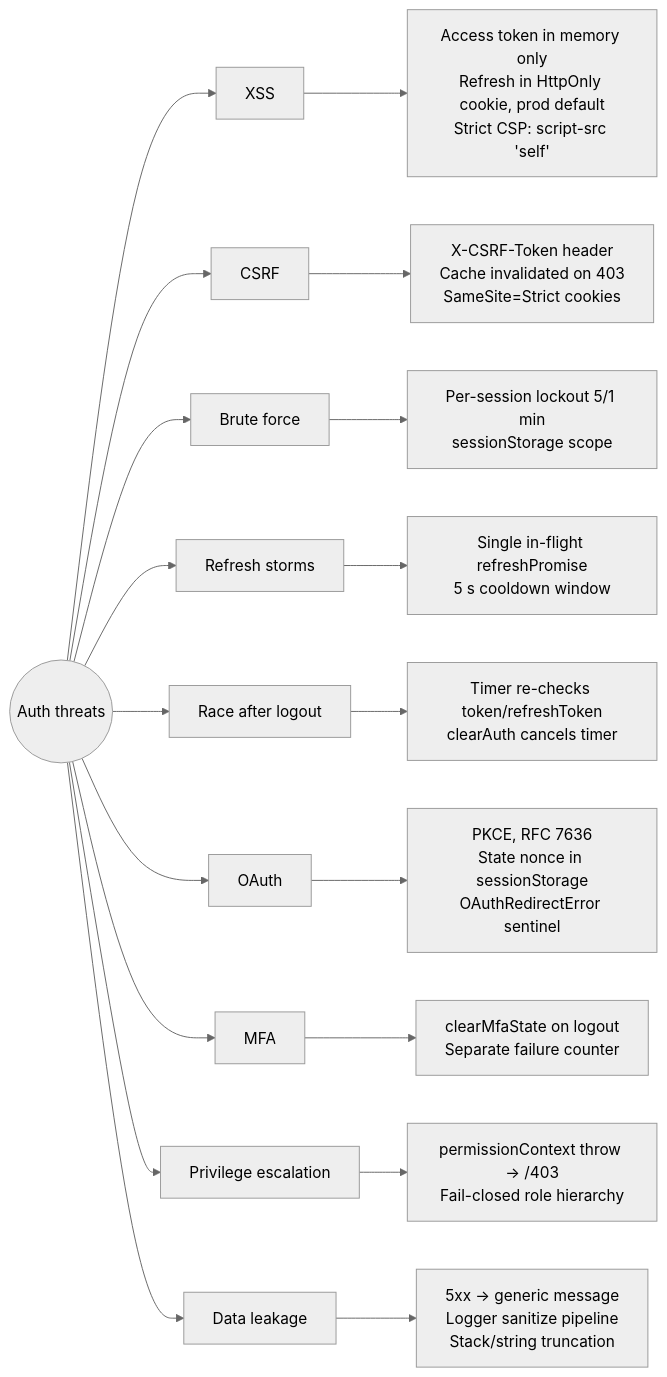
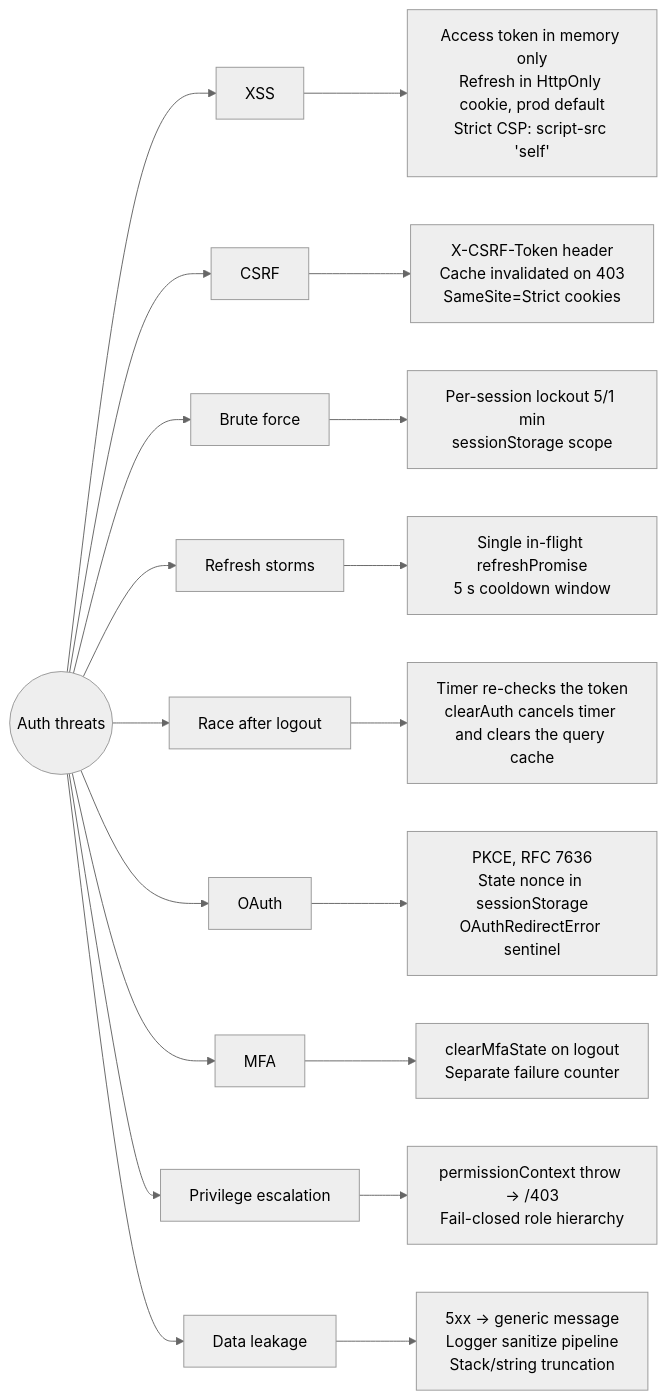
Before and after one commit to boussadjra/vuestrata: diagram 14 of 14 in docs/6.configuration/3.auth-deep-dive.md, drawn with Mermaid (neutral theme). The commit also changed other lines of this file and 4 other files, not shown here.

First line of the commit message:
docs(auth): say what refresh-cookie needs from a backend and how a session ends

````diff
--- a/docs/6.configuration/3.auth-deep-dive.md
+++ b/docs/6.configuration/3.auth-deep-dive.md
@@ -1119,13 +1306,13 @@
 ```mermaid
 flowchart LR
   T((Auth threats))
   T --> XSS[XSS] --> XSS1[Access token in memory only<br/>Refresh in HttpOnly cookie, prod default<br/>Strict CSP: script-src 'self']
   T --> CSRF[CSRF] --> CSRF1[X-CSRF-Token header<br/>Cache invalidated on 403<br/>SameSite=Strict cookies]
   T --> BF[Brute force] --> BF1[Per-session lockout 5/1 min<br/>sessionStorage scope]
   T --> RS[Refresh storms] --> RS1[Single in-flight refreshPromise<br/>5 s cooldown window]
-  T --> RL[Race after logout] --> RL1[Timer re-checks token/refreshToken<br/>clearAuth cancels timer]
+  T --> RL[Race after logout] --> RL1[Timer re-checks the token<br/>clearAuth cancels timer and clears the query cache]
   T --> OA[OAuth] --> OA1[PKCE, RFC 7636<br/>State nonce in sessionStorage<br/>OAuthRedirectError sentinel]
   T --> MFA[MFA] --> MFA1[clearMfaState on logout<br/>Separate failure counter]
   T --> PE[Privilege escalation] --> PE1[permissionContext throw → /403<br/>Fail-closed role hierarchy]
   T --> DL[Data leakage] --> DL1[5xx → generic message<br/>Logger sanitize pipeline<br/>Stack/string truncation]
 ```
````
